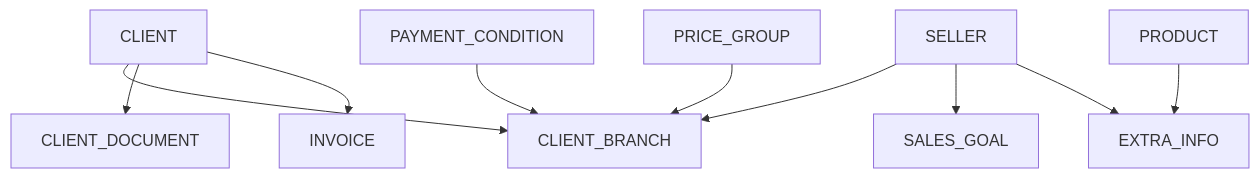
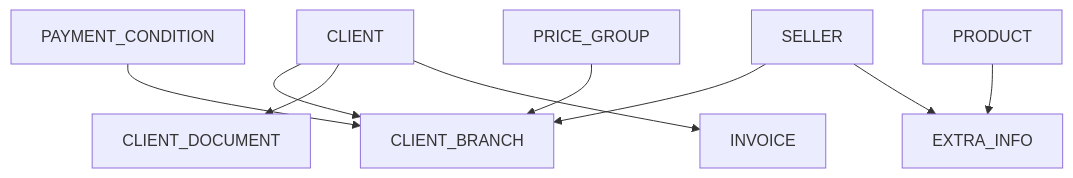
One commit to nexfar/docs changed the diagram in integration/deployment/data-extraction/views/documentos-fiscais.mdx. Above: the diagram before and after it, drawn with Mermaid. The commit also changed other lines of this file and 2 other files, not shown here.

First line of the commit message:
docs(integration): reorganizar modelos de dados e remover SALES_GOAL

````diff
--- a/integration/deployment/data-extraction/views/documentos-fiscais.mdx
+++ b/integration/deployment/data-extraction/views/documentos-fiscais.mdx
@@ -154,12 +132,11 @@
 ```mermaid
 graph TD
     A[CLIENT] --> B[CLIENT_BRANCH]
     A --> C[CLIENT_DOCUMENT]
     A --> D[INVOICE]
     E[SELLER] --> B
     F[PAYMENT_CONDITION] --> B
     G[PRICE_GROUP] --> B
-    E --> H[SALES_GOAL]
     I[PRODUCT] --> J[EXTRA_INFO]
     E --> J
 ```
````
